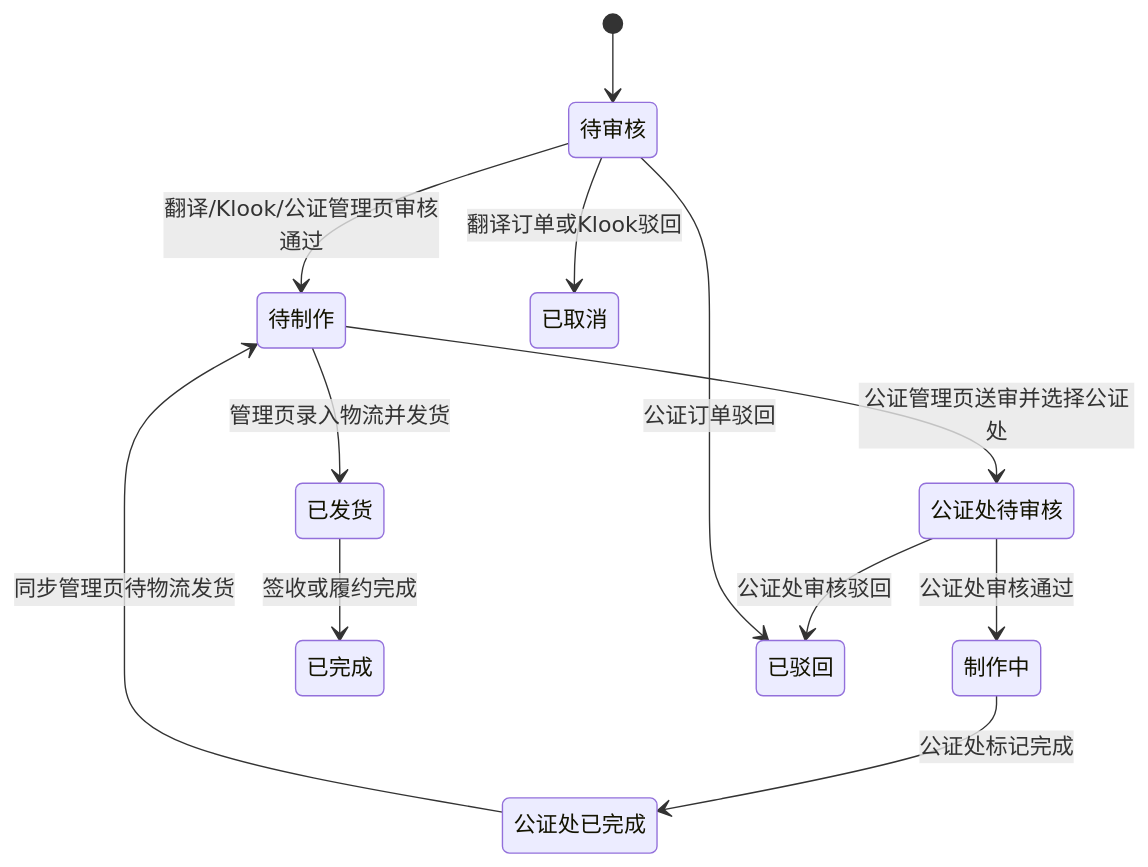
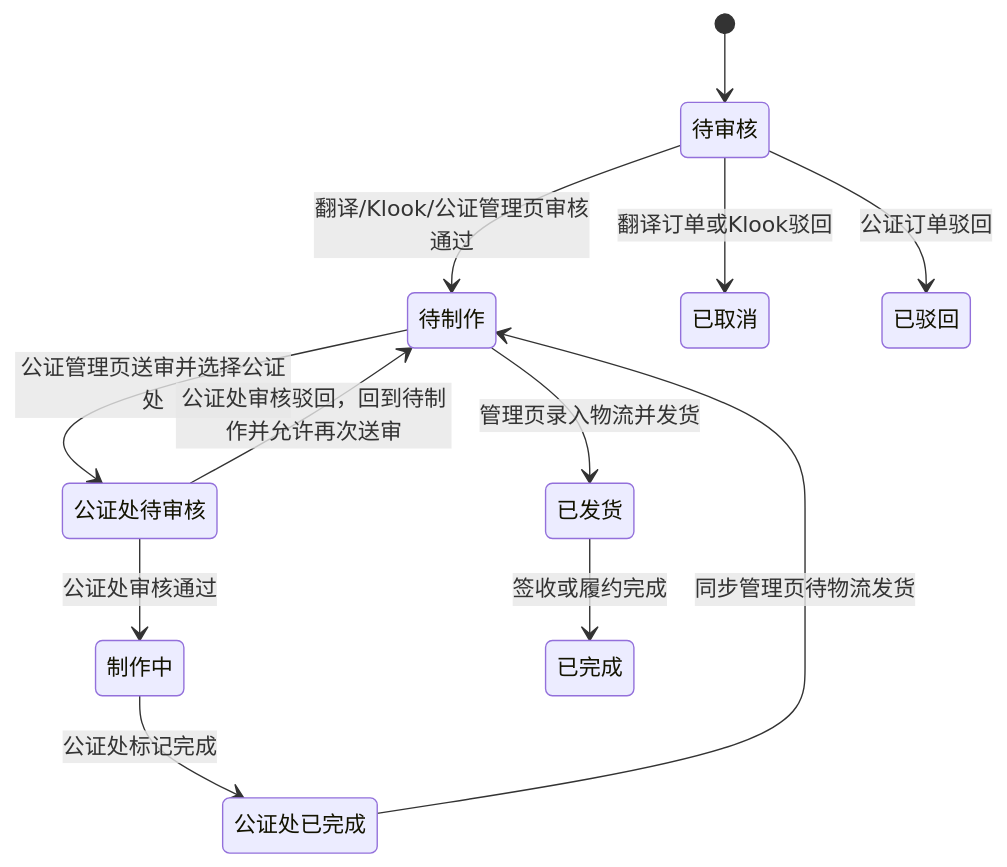
Before and after one commit to y15138550722-ops/mei-ka: the second of 9 diagrams in specs/Meika System Port/mei_ka_Admin side.md, drawn with Mermaid. The commit also changed other lines of this file and 20 other files, not shown here.

````diff
--- a/specs/Meika System Port/mei_ka_Admin side.md
+++ b/specs/Meika System Port/mei_ka_Admin side.md
@@ -351,23 +354,23 @@
 ```mermaid
 stateDiagram-v2
     [*] --> PendingReview
     state "待审核" as PendingReview
     state "待制作" as PendingProduction
     state "公证处待审核" as OfficePendingReview
     state "制作中" as InProduction
     state "公证处已完成" as OfficeCompleted
     state "已发货" as Shipped
     state "已完成" as Completed
     state "已取消" as Cancelled
     state "已驳回" as Rejected
     PendingReview --> PendingProduction: 翻译/Klook/公证管理页审核通过
     PendingProduction --> OfficePendingReview: 公证管理页送审并选择公证处
     OfficePendingReview --> InProduction: 公证处审核通过
-    OfficePendingReview --> Rejected: 公证处审核驳回
+    OfficePendingReview --> PendingProduction: 公证处审核驳回，回到待制作并允许再次送审
     PendingReview --> Cancelled: 翻译订单或Klook驳回
     PendingReview --> Rejected: 公证订单驳回
     InProduction --> OfficeCompleted: 公证处标记完成
     OfficeCompleted --> PendingProduction: 同步管理页待物流发货
     PendingProduction --> Shipped: 管理页录入物流并发货
     Shipped --> Completed: 签收或履约完成
 ```
````
